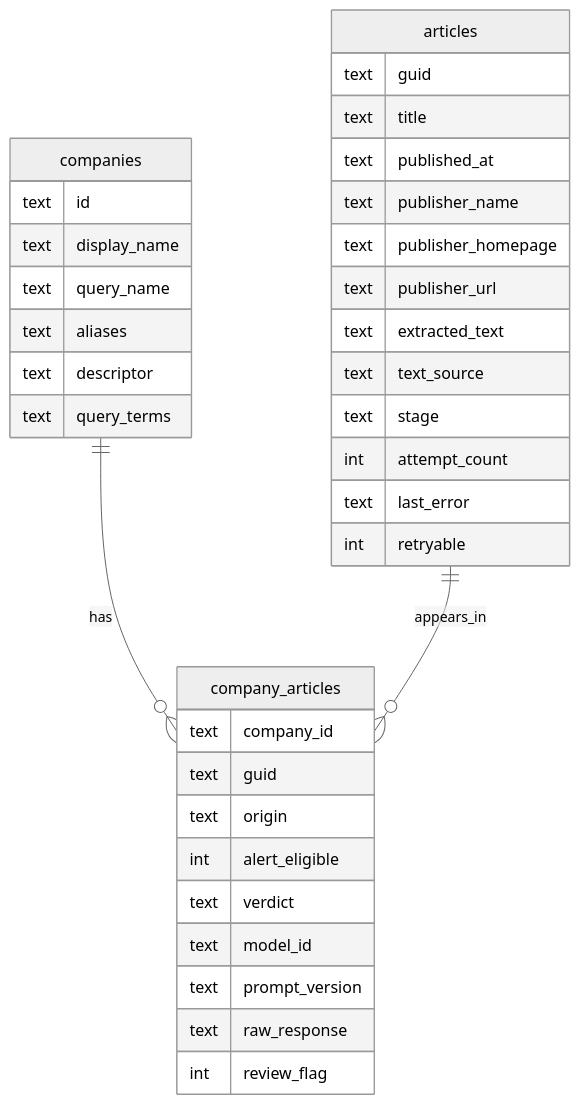
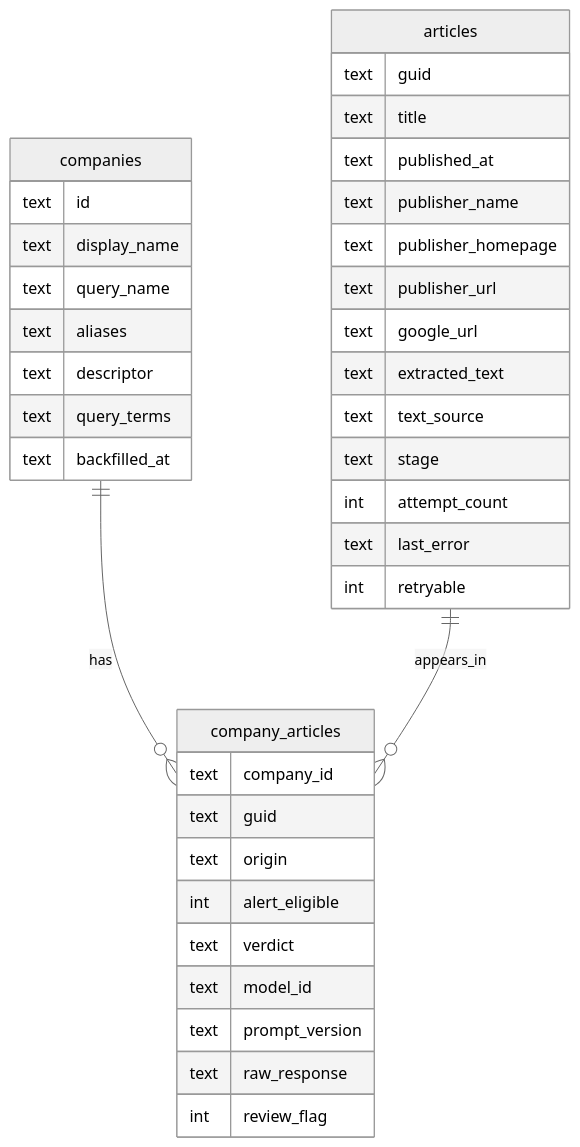
The fifth of 8 diagrams in docs/ARCHITECTURE.md (itayavtalyon/press-mentions), drawn with Mermaid (neutral theme) before and after one commit. The commit also changed other lines of this file and 36 other files, not shown here.

````diff
--- a/docs/ARCHITECTURE.md
+++ b/docs/ARCHITECTURE.md
@@ -144,38 +144,40 @@
 ```mermaid
 erDiagram
   companies ||--o{ company_articles : has
   articles ||--o{ company_articles : appears_in
   companies {
     text id
     text display_name
     text query_name
     text aliases
     text descriptor
     text query_terms
+    text backfilled_at
   }
   articles {
     text guid
     text title
     text published_at
     text publisher_name
     text publisher_homepage
     text publisher_url
+    text google_url
     text extracted_text
     text text_source
     text stage
     int attempt_count
     text last_error
     int retryable
   }
   company_articles {
     text company_id
     text guid
     text origin
     int alert_eligible
     text verdict
     text model_id
     text prompt_version
     text raw_response
     int review_flag
   }
 ```
````
